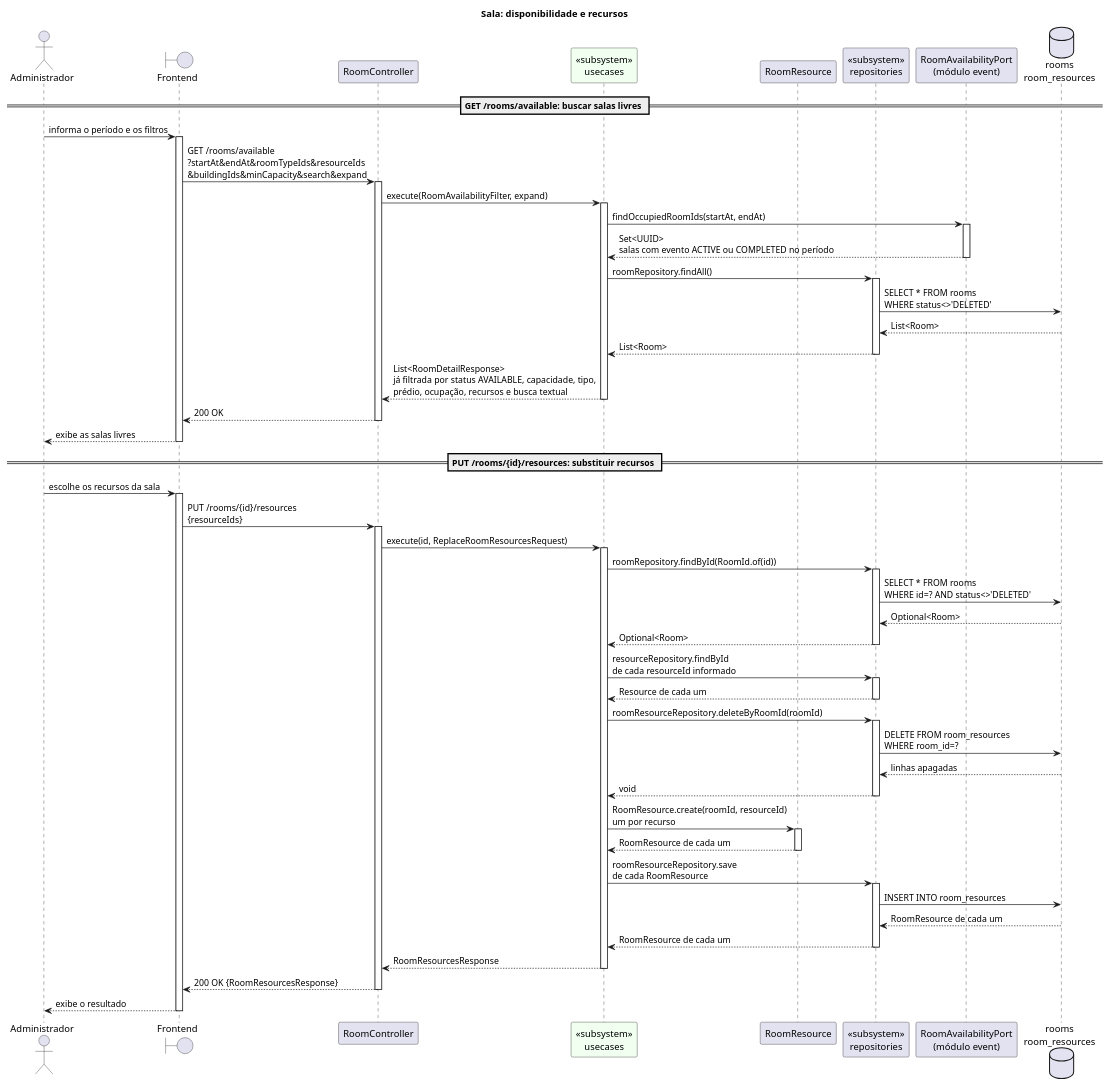
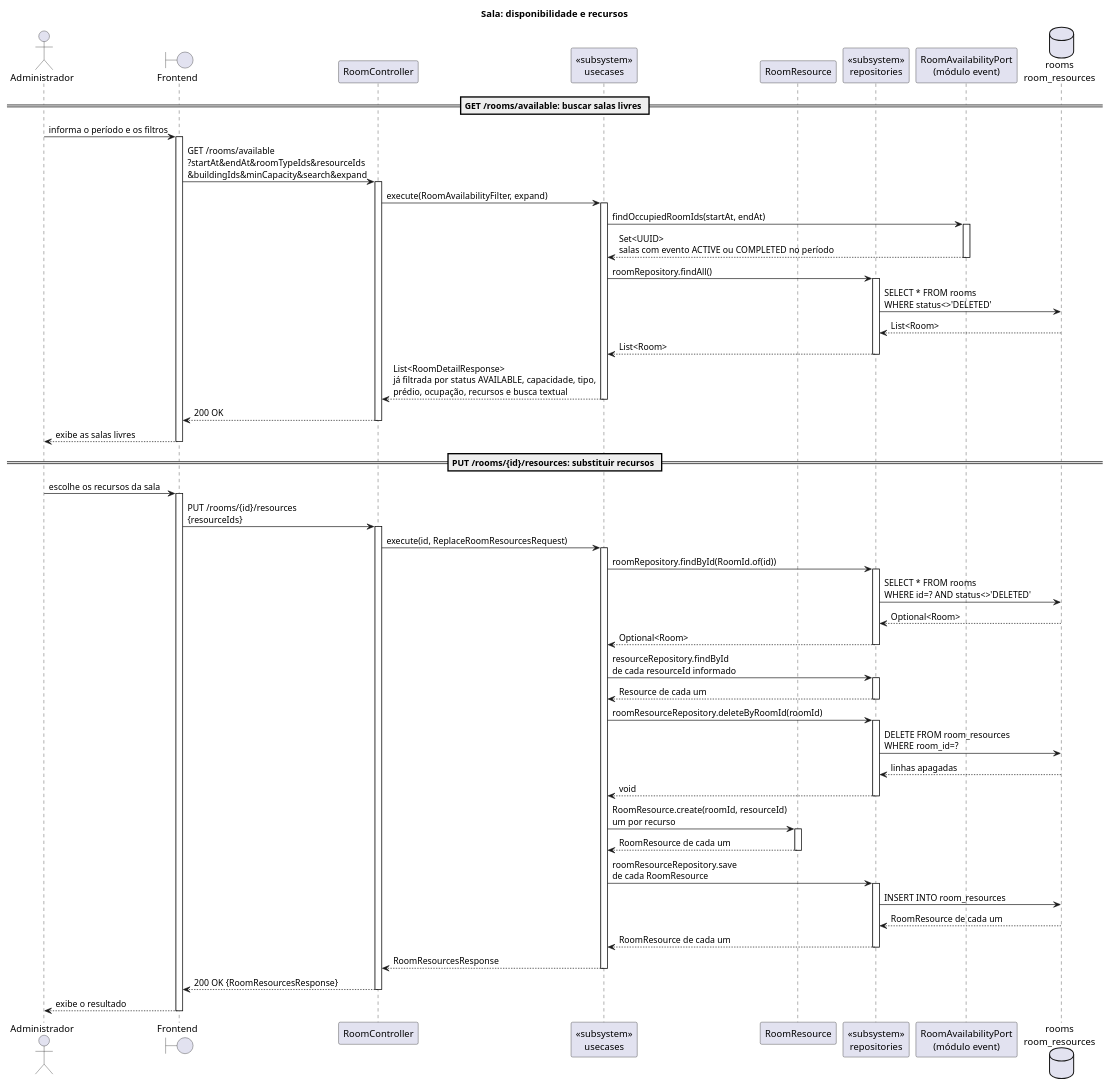
One commit to Neoguara/rooms-diagrams changed the diagram in src/plantuml/sequencia/simples/room_availability_and_resources.puml. Above: the diagram before and after it, drawn with PlantUML. The commit also changed 11 other files, not shown here.

```diff
--- a/src/plantuml/sequencia/simples/room_availability_and_resources.puml
+++ b/src/plantuml/sequencia/simples/room_availability_and_resources.puml
@@ -1,106 +1,106 @@
 @startuml room_availability_and_resources_simples
 
 ' Os dois endpoints do recorte de sala que não são CRUD, no estilo simplista. O CRUD está
 ' em room.puml. Os diagramas completos continuam em sequencia/room/, e é lá que estão os
 ' desvios.
 '
 ' São os dois que fogem do padrão do módulo: um consulta outro módulo pela porta de
 ' disponibilidade, o outro escreve em duas tabelas dentro da mesma transação.
 '
 ' Cinco cortes em relação aos completos:
 '   1. Porta e implementação viram um participante só, tipado como «subsystem».
 '   2. Só o caminho de sucesso. Nenhum alt: os erros (404, 422) estão nos completos.
 '   3. Nenhum loop. Onde o código repete por item, a repetição fica dita na mensagem.
 '   4. Nenhuma mensagem para si mesmo: fluxo interno não é troca entre participantes.
 '   5. Ativação só em trecho reto, abrindo e fechando no mesmo nível.
 
 title Sala: disponibilidade e recursos
 
 actor "Administrador" as Ator
 boundary "Frontend" as FE
 participant "RoomController" as Ctrl
 
-participant "<<subsystem>>\nusecases" as UC #F0FFF0
+participant "<<subsystem>>\nusecases" as UC
 
 participant "RoomResource" as RR
 
 participant "<<subsystem>>\nrepositories" as Repo
 participant "RoomAvailabilityPort\n(módulo event)" as Avail
 database "rooms\nroom_resources" as DB
 
 == GET /rooms/available: buscar salas livres ==
 
 Ator -> FE: informa o período e os filtros
 activate FE
 FE -> Ctrl: GET /rooms/available\n?startAt&endAt&roomTypeIds&resourceIds\n&buildingIds&minCapacity&search&expand
 activate Ctrl
 Ctrl -> UC: execute(RoomAvailabilityFilter, expand)
 activate UC
 
 UC -> Avail: findOccupiedRoomIds(startAt, endAt)
 activate Avail
 Avail --> UC: Set<UUID>\nsalas com evento ACTIVE ou COMPLETED no período
 deactivate Avail
 
 UC -> Repo: roomRepository.findAll()
 activate Repo
 Repo -> DB: SELECT * FROM rooms\nWHERE status<>'DELETED'
 DB --> Repo: List<Room>
 Repo --> UC: List<Room>
 deactivate Repo
 
 UC --> Ctrl: List<RoomDetailResponse>\njá filtrada por status AVAILABLE, capacidade, tipo,\nprédio, ocupação, recursos e busca textual
 deactivate UC
 Ctrl --> FE: 200 OK
 deactivate Ctrl
 FE --> Ator: exibe as salas livres
 deactivate FE
 
 == PUT /rooms/{id}/resources: substituir recursos ==
 
 Ator -> FE: escolhe os recursos da sala
 activate FE
 FE -> Ctrl: PUT /rooms/{id}/resources\n{resourceIds}
 activate Ctrl
 Ctrl -> UC: execute(id, ReplaceRoomResourcesRequest)
 activate UC
 
 UC -> Repo: roomRepository.findById(RoomId.of(id))
 activate Repo
 Repo -> DB: SELECT * FROM rooms\nWHERE id=? AND status<>'DELETED'
 DB --> Repo: Optional<Room>
 Repo --> UC: Optional<Room>
 deactivate Repo
 
 UC -> Repo: resourceRepository.findById\nde cada resourceId informado
 activate Repo
 Repo --> UC: Resource de cada um
 deactivate Repo
 
 UC -> Repo: roomResourceRepository.deleteByRoomId(roomId)
 activate Repo
 Repo -> DB: DELETE FROM room_resources\nWHERE room_id=?
 DB --> Repo: linhas apagadas
 Repo --> UC: void
 deactivate Repo
 
 UC -> RR: RoomResource.create(roomId, resourceId)\num por recurso
 activate RR
 RR --> UC: RoomResource de cada um
 deactivate RR
 
 UC -> Repo: roomResourceRepository.save\nde cada RoomResource
 activate Repo
 Repo -> DB: INSERT INTO room_resources
 DB --> Repo: RoomResource de cada um
 Repo --> UC: RoomResource de cada um
 deactivate Repo
 
 UC --> Ctrl: RoomResourcesResponse
 deactivate UC
 Ctrl --> FE: 200 OK {RoomResourcesResponse}
 deactivate Ctrl
 FE --> Ator: exibe o resultado
 deactivate FE
 
 @enduml
```
